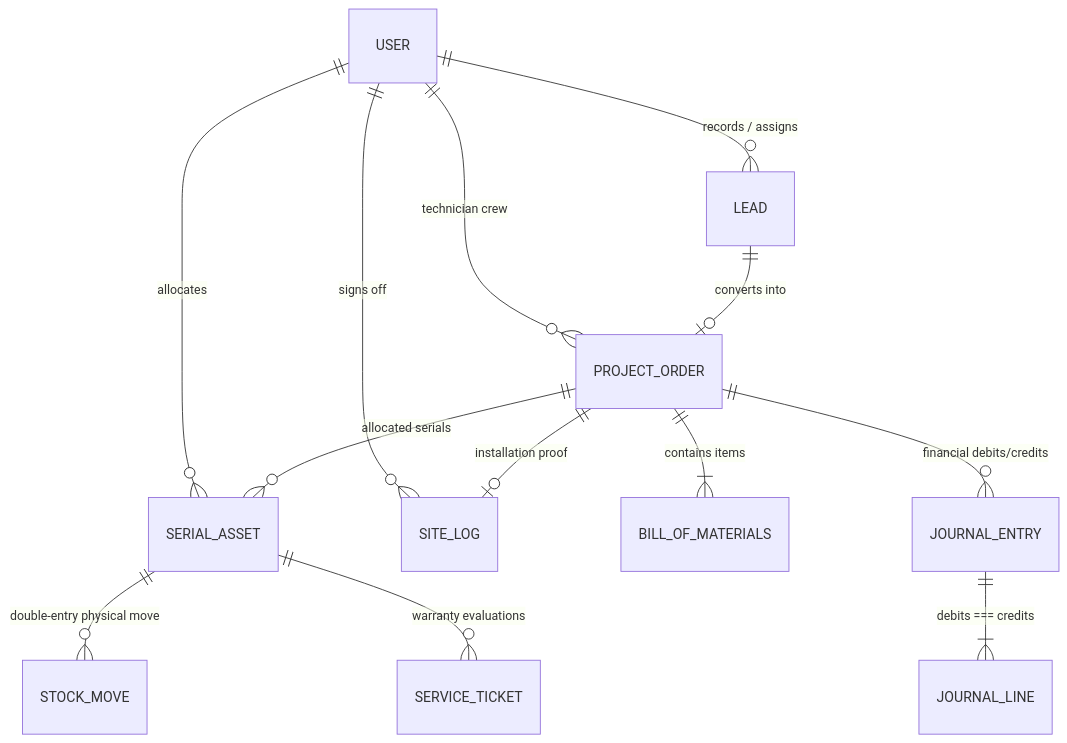
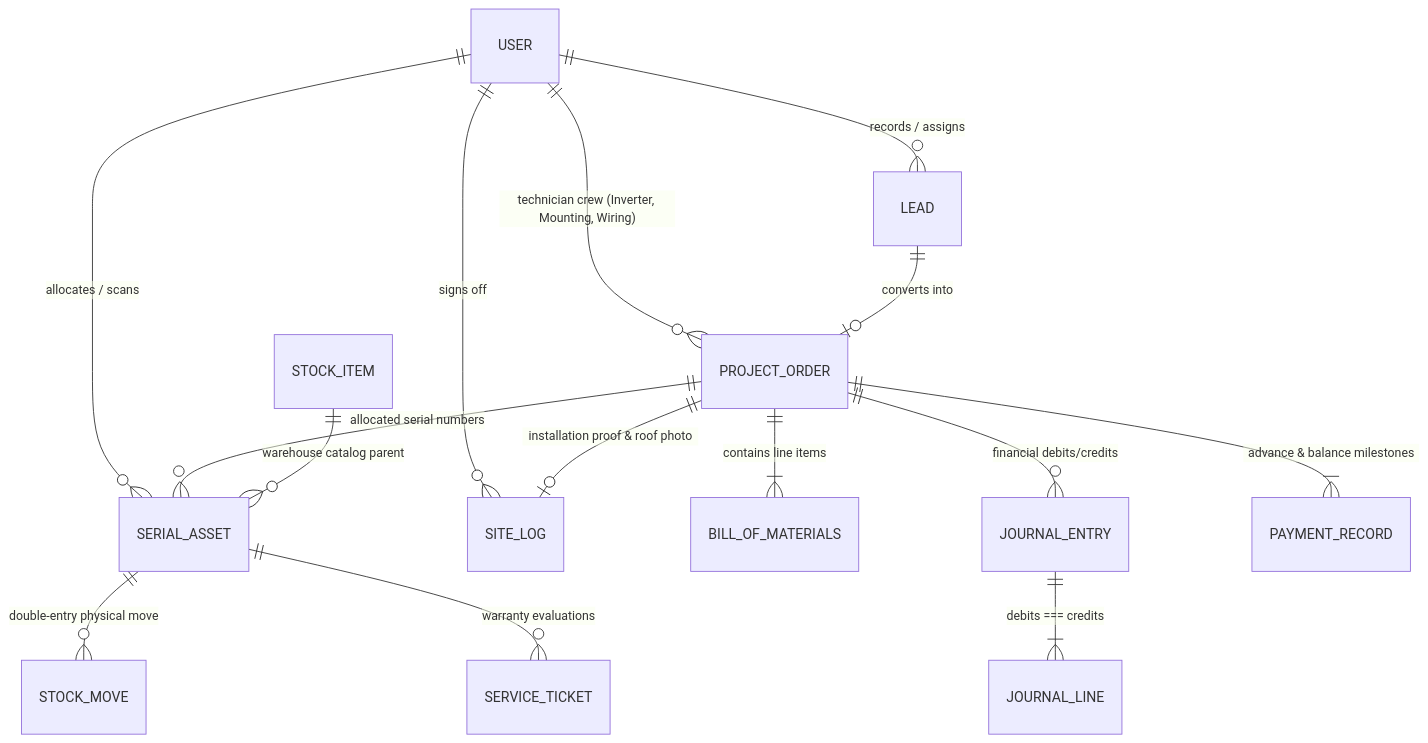
Before and after one commit to aspirant-22/SolIMS_Odoo_Hack: the third of 3 diagrams in README.md, drawn with Mermaid. The commit also changed other lines of this file, not shown here.

Commit message:
docs(readme): add demo video section and update final 760-record SolIMS feature set

````diff
--- a/README.md
+++ b/README.md
@@ -101,18 +181,20 @@
 ```mermaid
 erDiagram
     USER ||--o{ LEAD : "records / assigns"
-    USER ||--o{ PROJECT_ORDER : "technician crew"
-    USER ||--o{ SERIAL_ASSET : "allocates"
+    USER ||--o{ PROJECT_ORDER : "technician crew (Inverter, Mounting, Wiring)"
+    USER ||--o{ SERIAL_ASSET : "allocates / scans"
     USER ||--o{ SITE_LOG : "signs off"
     
     LEAD ||--o| PROJECT_ORDER : "converts into"
-    PROJECT_ORDER ||--|{ BILL_OF_MATERIALS : "contains items"
-    PROJECT_ORDER ||--o{ SERIAL_ASSET : "allocated serials"
-    PROJECT_ORDER ||--o| SITE_LOG : "installation proof"
+    PROJECT_ORDER ||--|{ BILL_OF_MATERIALS : "contains line items"
+    PROJECT_ORDER ||--o{ SERIAL_ASSET : "allocated serial numbers"
+    PROJECT_ORDER ||--o| SITE_LOG : "installation proof & roof photo"
     PROJECT_ORDER ||--o{ JOURNAL_ENTRY : "financial debits/credits"
+    PROJECT_ORDER ||--|{ PAYMENT_RECORD : "advance & balance milestones"
     
     SERIAL_ASSET ||--o{ STOCK_MOVE : "double-entry physical move"
     SERIAL_ASSET ||--o{ SERVICE_TICKET : "warranty evaluations"
+    STOCK_ITEM ||--o{ SERIAL_ASSET : "warehouse catalog parent"
     
     JOURNAL_ENTRY ||--|{ JOURNAL_LINE : "debits === credits"
 ```
````
